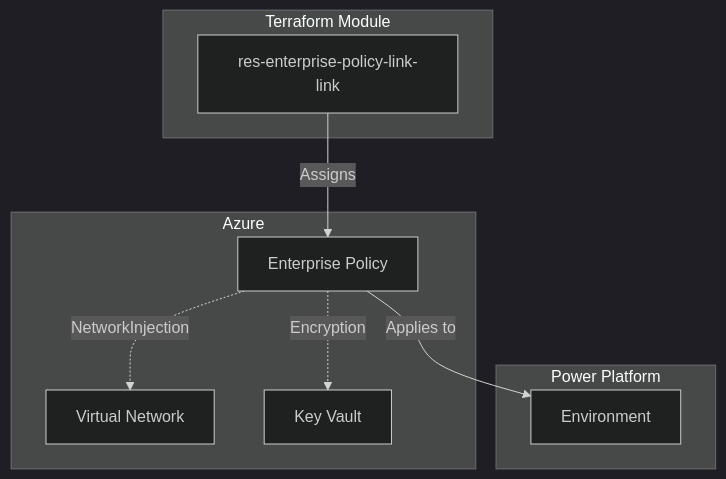
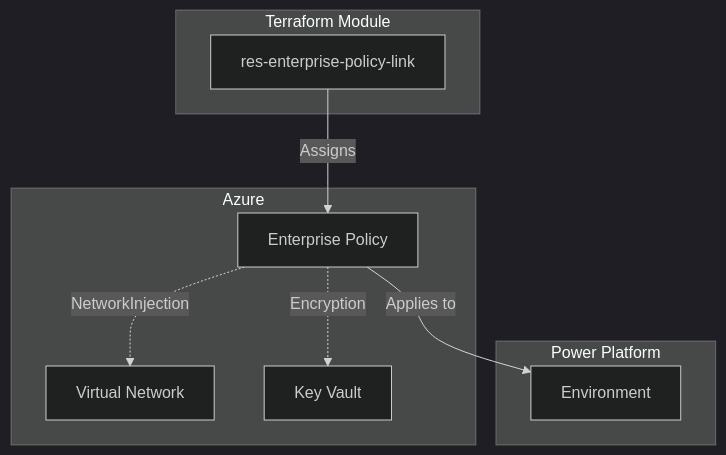
One commit to rpothin/ppcc25-terraform-power-platform-governance changed the diagram in configurations/res-enterprise-policy-link/README.md. Above: the diagram before and after it, drawn with Mermaid (dark theme). The commit also changed other lines of this file, not shown here.

````diff
--- a/configurations/res-enterprise-policy-link/README.md
+++ b/configurations/res-enterprise-policy-link/README.md
@@ -51,21 +51,21 @@
 ```mermaid
 graph TB
     subgraph "Azure"
         EP[Enterprise Policy]
         VNet[Virtual Network]
         KV[Key Vault]
     end
     
     subgraph "Power Platform"
         Env[Environment]
     end
     
     subgraph "Terraform Module"
-        RP[res-enterprise-policy-link-link]
+        RP[res-enterprise-policy-link]
     end
     
     RP -->|Assigns| EP
     EP -->|Applies to| Env
     EP -.->|NetworkInjection| VNet
     EP -.->|Encryption| KV
 ```
````
